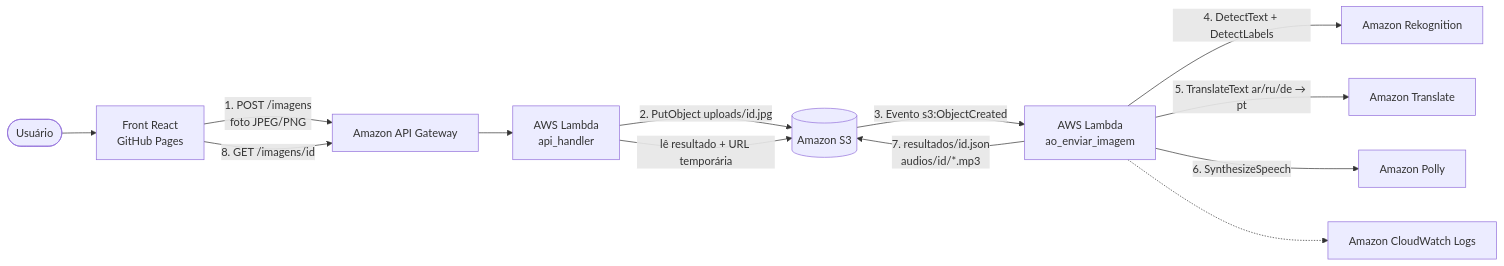
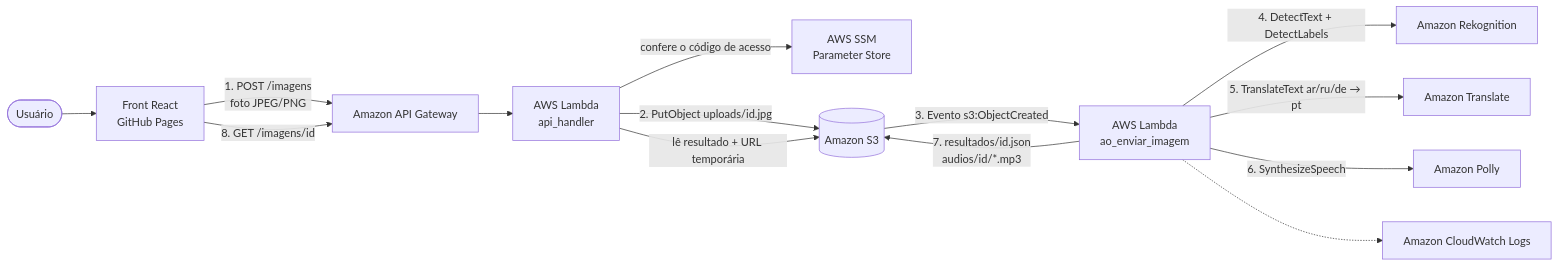
One commit to DaviFPassos/chalice_aws changed the diagram in docs/arquitetura.md. Above: the diagram before and after it, drawn with Mermaid. The commit also changed other lines of this file and 21 other files, not shown here.

First line of the commit message:
Exige código de acesso para enviar fotos, para estranhos não consumirem os créditos

````diff
--- a/docs/arquitetura.md
+++ b/docs/arquitetura.md
@@ -9,15 +9,16 @@
 ```mermaid
 flowchart LR
     U([Usuário]) --> FE[Front React<br/>GitHub Pages]
     FE -->|1. POST /imagens<br/>foto JPEG/PNG| APIGW[Amazon API Gateway]
     APIGW --> L1[AWS Lambda<br/>api_handler]
+    L1 -->|confere o código de acesso| SSM[AWS SSM<br/>Parameter Store]
     L1 -->|2. PutObject uploads/id.jpg| S3[(Amazon S3)]
     S3 -->|3. Evento s3:ObjectCreated| L2[AWS Lambda<br/>ao_enviar_imagem]
     L2 -->|4. DetectText + DetectLabels| REK[Amazon Rekognition]
     L2 -->|5. TranslateText ar/ru/de → pt| TR[Amazon Translate]
     L2 -->|6. SynthesizeSpeech| PO[Amazon Polly]
     L2 -->|7. resultados/id.json<br/>audios/id/*.mp3| S3
     FE -->|8. GET /imagens/id| APIGW
     L1 -->|lê resultado + URL temporária| S3
     L2 -.-> CW[Amazon CloudWatch Logs]
 ```
````
